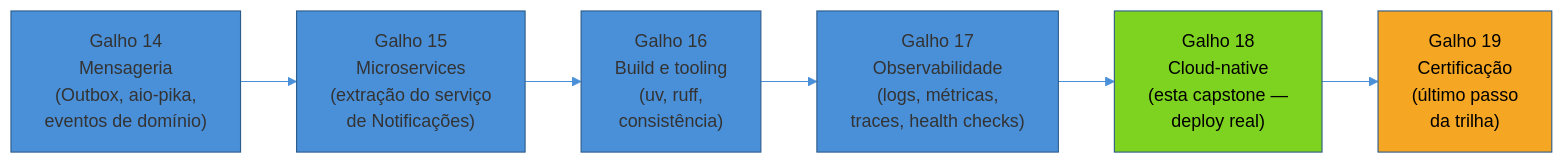
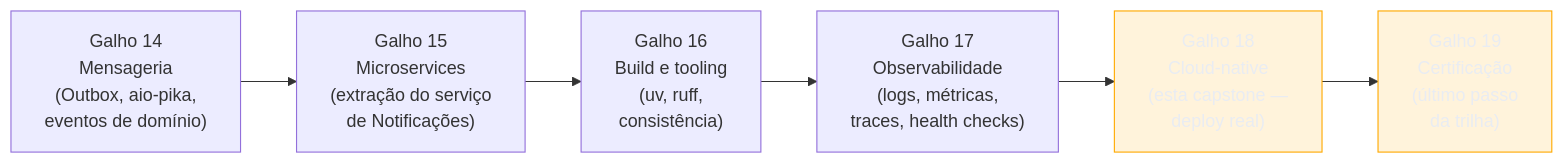
The third of 3 diagrams in 03-Dominios/Tecnologia/Python/Cloud-native e produção/08 - Capstone — os dois serviços em produção de verdade.md (josenaldo/codex-technomanticus), drawn with Mermaid before and after one commit. The commit also changed other lines of this file and 1181 other files, not shown here.

First line of the commit message:
fix(diagramas): paleta do sistema no lugar de cor cravada no markdown

````diff
--- a/03-Dominios/Tecnologia/Python/Cloud-native e produção/08 - Capstone — os dois serviços em produção de verdade.md
+++ b/03-Dominios/Tecnologia/Python/Cloud-native e produção/08 - Capstone — os dois serviços em produção de verdade.md
@@ -522,15 +522,15 @@
 ```mermaid
-%%{init: {"theme": "base", "themeVariables": {"primaryColor": "#4A90D9", "primaryBorderColor": "#2E5C8A", "lineColor": "#4A90D9"}}}%%
 flowchart LR
+    classDef destaque fill:#FFAA0024,stroke:#FFAA00,color:#E9ECF2
     G14["Galho 14<br/>Mensageria<br/>(Outbox, aio-pika,<br/>eventos de domínio)"]
     G15["Galho 15<br/>Microservices<br/>(extração do serviço<br/>de Notificações)"]
     G16["Galho 16<br/>Build e tooling<br/>(uv, ruff,<br/>consistência)"]
     G17["Galho 17<br/>Observabilidade<br/>(logs, métricas,<br/>traces, health checks)"]
     G18["Galho 18<br/>Cloud-native<br/>(esta capstone —<br/>deploy real)"]
     G19["Galho 19<br/>Certificação<br/>(último passo<br/>da trilha)"]
 
     G14 --> G15 --> G16 --> G17 --> G18 --> G19
 
-    style G18 fill:#7ED321,color:#000
-    style G19 fill:#F5A623,color:#000
+    class G18 destaque
+    class G19 destaque
 ```
````
